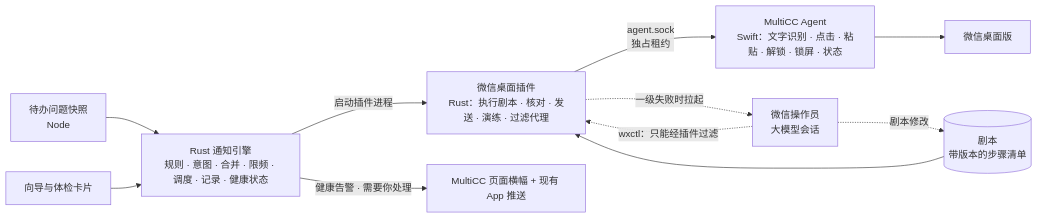
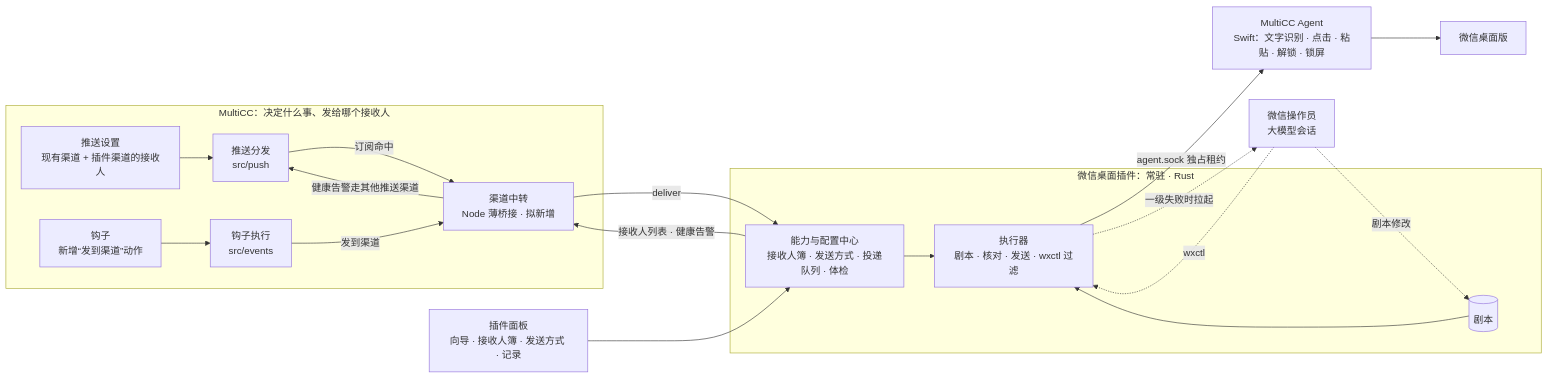
The diagram in docs/notification-channel-plugin-design.md (lsjwzh/MultiCC), drawn with Mermaid before and after one commit. The commit also changed other lines of this file, not shown here.

````diff
--- a/docs/notification-channel-plugin-design.md
+++ b/docs/notification-channel-plugin-design.md
@@ -103,13 +128,24 @@
 ```mermaid
 flowchart LR
-    S[待办问题快照<br/>Node] --> E[Rust 通知引擎<br/>规则 · 意图 · 合并 · 限频 · 调度 · 记录 · 健康状态]
-    E -->|启动插件进程| P[微信桌面插件<br/>Rust：执行剧本 · 核对 · 发送 · 演练 · 过滤代理]
-    PB[(剧本<br/>带版本的步骤清单)] --> P
-    P -->|agent.sock<br/>独占租约| A[MultiCC Agent<br/>Swift：文字识别 · 点击 · 粘贴 · 解锁 · 锁屏 · 状态]
+    subgraph MC[MultiCC：决定什么事、发给哪个接收人]
+      PS[推送设置<br/>现有渠道 + 插件渠道的接收人] --> PN[推送分发<br/>src/push]
+      HK[钩子<br/>新增“发到渠道”动作] --> EV[钩子执行<br/>src/events]
+      CH[渠道中转<br/>Node 薄桥接 · 拟新增]
+    end
+    PN -->|订阅命中| CH
+    EV -->|发到渠道| CH
+    CH -->|deliver| P
+    subgraph PL[微信桌面插件：常驻 · Rust]
+      P[能力与配置中心<br/>接收人簿 · 发送方式 · 投递队列 · 体检]
+      PB[(剧本)] --> X[执行器<br/>剧本 · 核对 · 发送 · wxctl 过滤]
+      P --> X
+    end
+    X -->|agent.sock 独占租约| A[MultiCC Agent<br/>Swift：文字识别 · 点击 · 粘贴 · 解锁 · 锁屏]
     A --> W[微信桌面版]
-    P -.->|一级失败时拉起| L[微信操作员<br/>大模型会话]
-    L -.->|wxctl：只能经插件过滤| P
+    X -.->|一级失败时拉起| L[微信操作员<br/>大模型会话]
+    L -.->|wxctl| X
     L -.->|剧本修改| PB
-    E -->|健康告警 · 需要你处理| N[MultiCC 页面横幅 + 现有 App 推送]
-    UI[向导与体检卡片] --> E
+    P -->|接收人列表 · 健康告警| CH
+    CH -->|健康告警走其他推送渠道| PN
+    UI[插件面板<br/>向导 · 接收人簿 · 发送方式 · 记录] --> P
 ```
````
